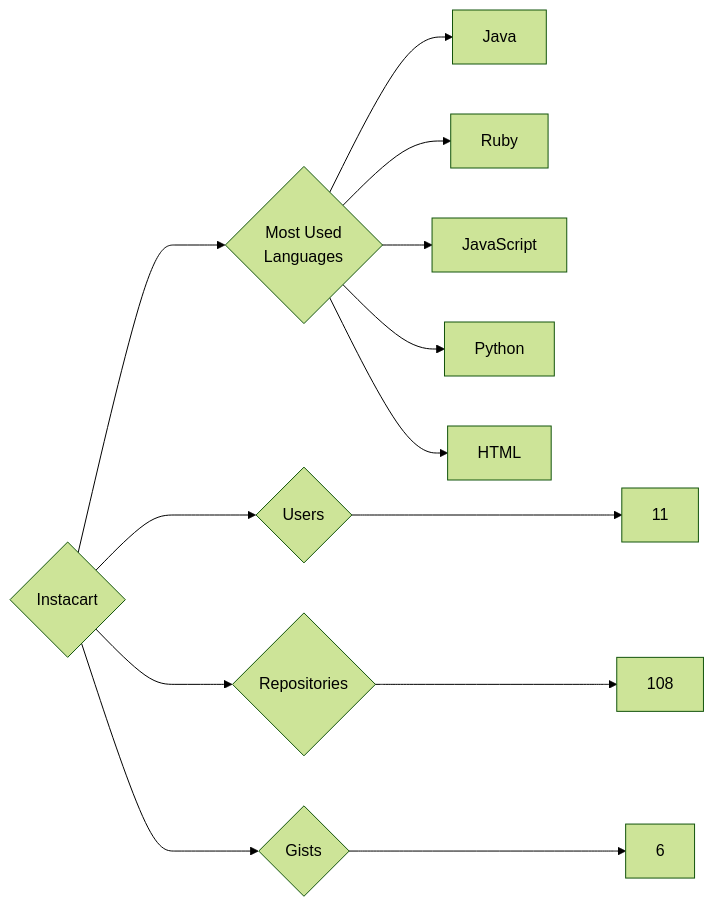
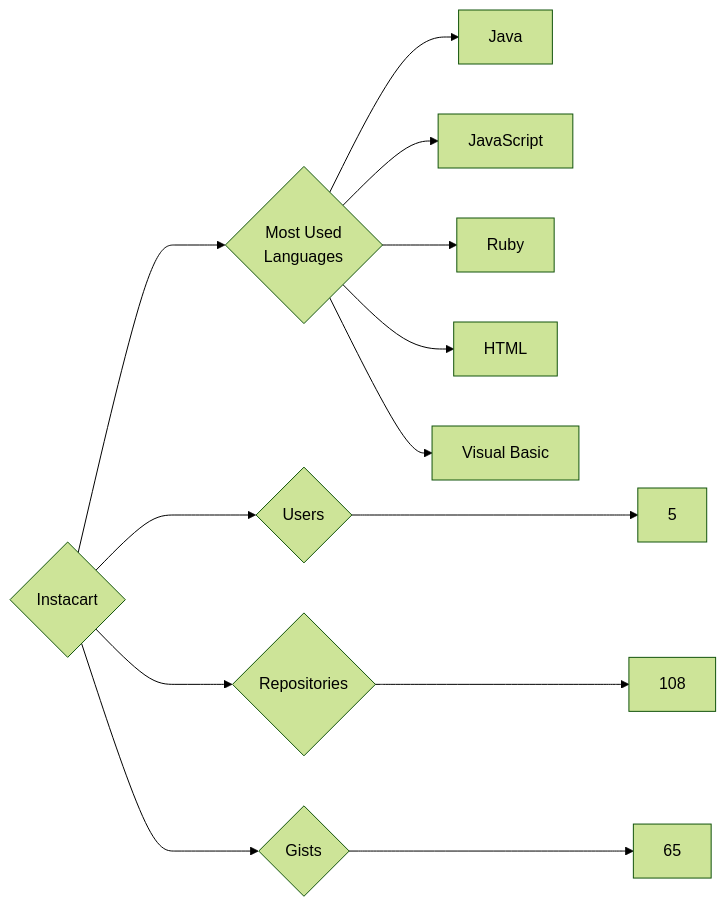
The diagram in targets/Instacart/README.md (trickest/insiders), drawn with Mermaid (forest theme) before and after one commit. The commit also changed 1123 other files, not shown here.

````diff
--- a/targets/Instacart/README.md
+++ b/targets/Instacart/README.md
@@ -3,13 +3,13 @@
 ```mermaid
 graph LR
 COMPANY_NAME{Instacart}
-COMPANY_NAME ---> U{Users} ---> UN[11]
+COMPANY_NAME ---> U{Users} ---> UN[5]
 COMPANY_NAME ---> R{Repositories} ---> RN[108]
-COMPANY_NAME ---> G{Gists} ---> GN[6]
+COMPANY_NAME ---> G{Gists} ---> GN[65]
 COMPANY_NAME ---> ML{Most Used<br>Languages}
 ML --> Java[Java]
+ML --> JavaScript[JavaScript]
 ML --> Ruby[Ruby]
-ML --> JavaScript[JavaScript]
-ML --> Python[Python]
 ML --> HTML[HTML]
+ML --> Visual_Basic[Visual Basic]
 ```
````
